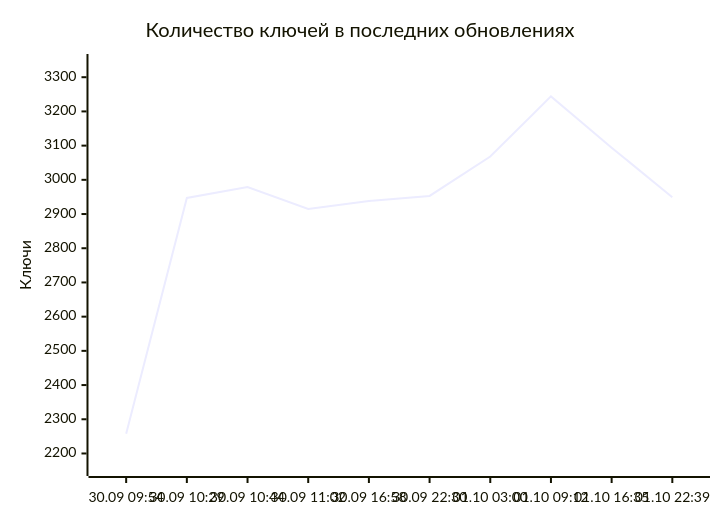
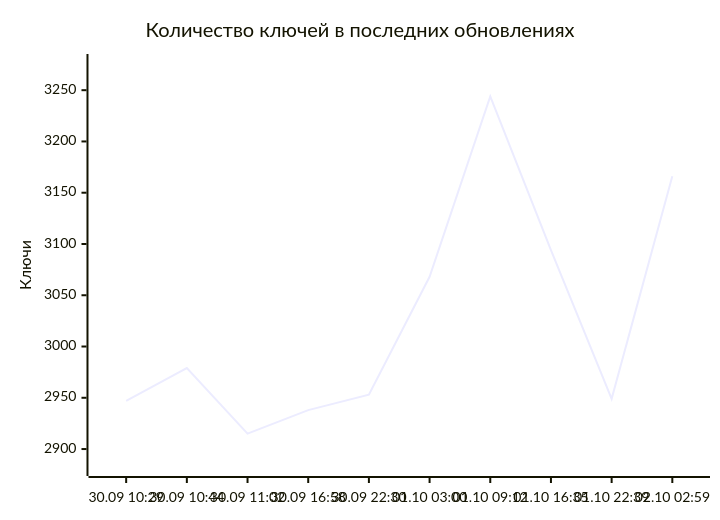
One commit to markKikhtenko/WireVeil changed the diagram in README.md. Above: the diagram before and after it, drawn with Mermaid. The commit also changed other lines of this file and 12 other files, not shown here.

````diff
--- a/README.md
+++ b/README.md
@@ -55,7 +55,7 @@
 ```mermaid
 xychart-beta
     title "Количество ключей в последних обновлениях"
-    x-axis ["30.09 09:54", "30.09 10:29", "30.09 10:44", "30.09 11:02", "30.09 16:58", "30.09 22:30", "01.10 03:00", "01.10 09:12", "01.10 16:35", "01.10 22:39"]
-    y-axis "Ключи" 2159 --> 3343
-    line [2258, 2947, 2979, 2915, 2938, 2953, 3068, 3244, 3094, 2949]
+    x-axis ["30.09 10:29", "30.09 10:44", "30.09 11:02", "30.09 16:58", "30.09 22:30", "01.10 03:00", "01.10 09:12", "01.10 16:35", "01.10 22:39", "02.10 02:59"]
+    y-axis "Ключи" 2882 --> 3277
+    line [2947, 2979, 2915, 2938, 2953, 3068, 3244, 3094, 2949, 3166]
 ```
````
